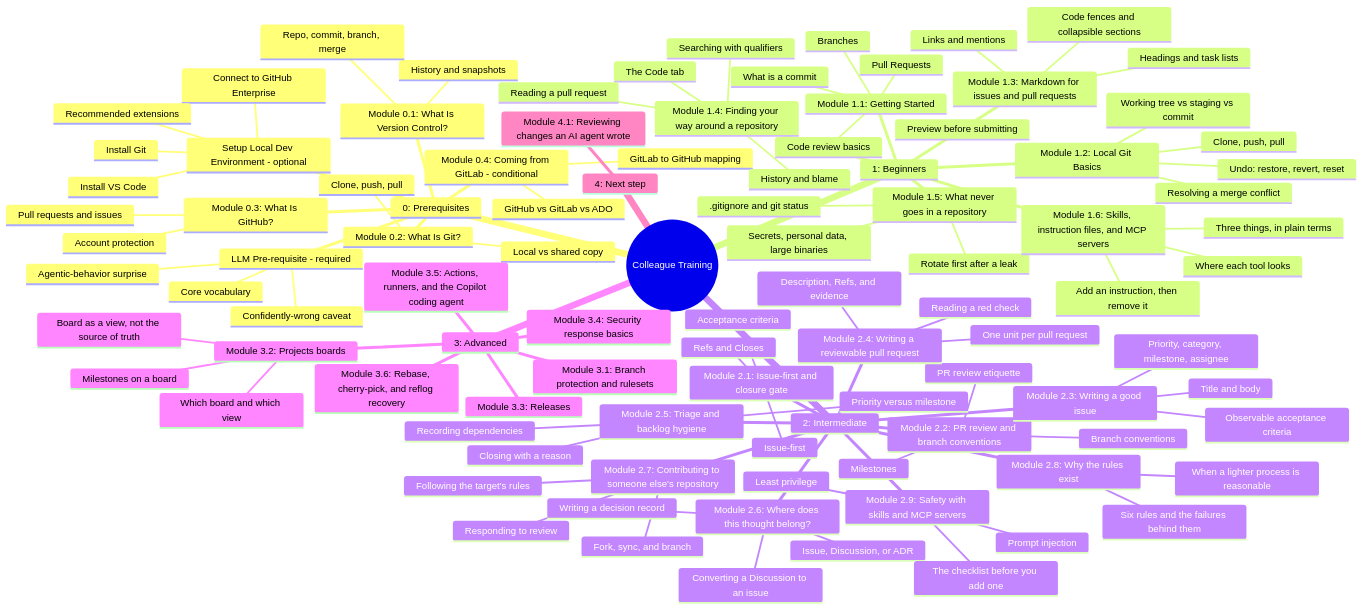
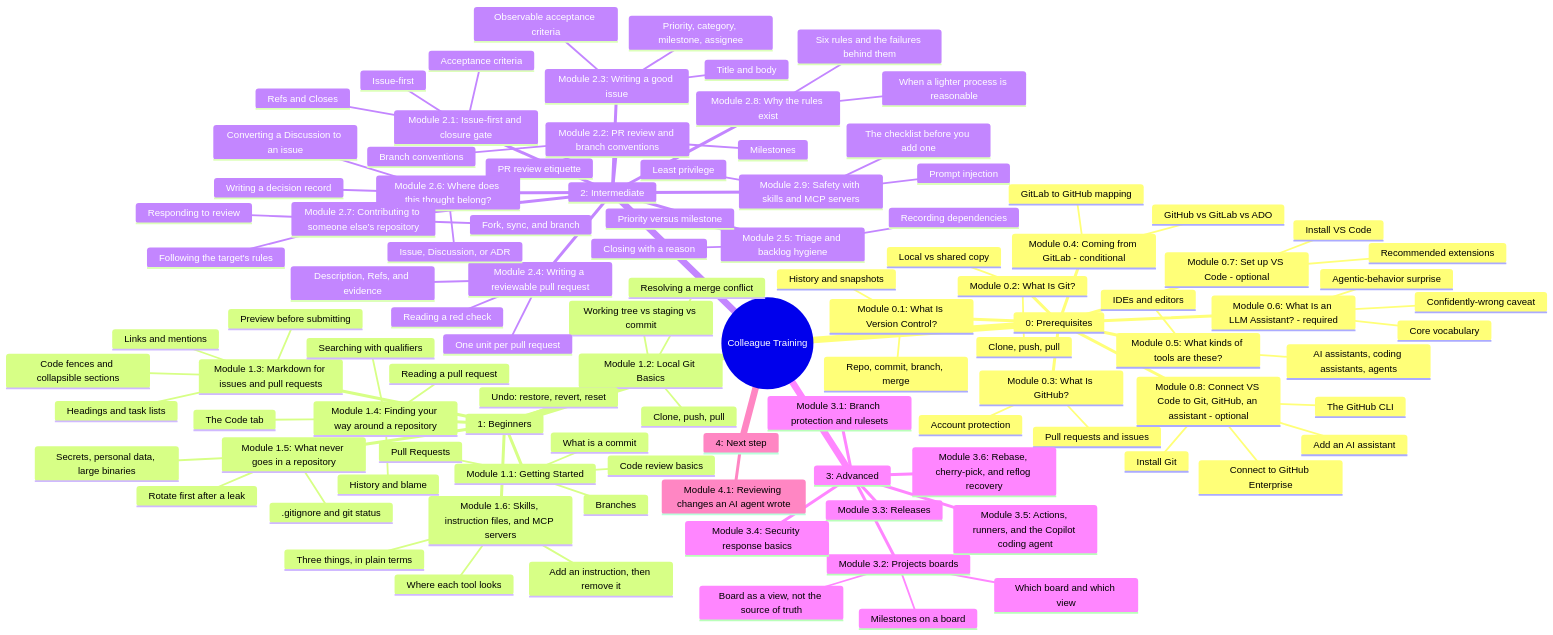
The second of 2 diagrams in education/README.md (JeanKadang/DOC-GitHub-Practice-Skills), drawn with Mermaid before and after one commit. The commit also changed other lines of this file and 26 other files, not shown here.

```diff
--- a/education/README.md
+++ b/education/README.md
@@ -144,15 +146,21 @@
       Module 0.4: Coming from GitLab - conditional
         GitLab to GitHub mapping
         GitHub vs GitLab vs ADO
-      LLM Pre-requisite - required
+      Module 0.5: What kinds of tools are these?
+        IDEs and editors
+        AI assistants, coding assistants, agents
+      Module 0.6: What Is an LLM Assistant? - required
         Core vocabulary
         Agentic-behavior surprise
         Confidently-wrong caveat
-      Setup Local Dev Environment - optional
+      Module 0.7: Set up VS Code - optional
+        Install VS Code
+        Recommended extensions
+      Module 0.8: Connect VS Code to Git, GitHub, an assistant - optional
         Install Git
-        Install VS Code
         Connect to GitHub Enterprise
-        Recommended extensions
+        The GitHub CLI
+        Add an AI assistant
     1: Beginners
       Module 1.1: Getting Started
         What is a commit
```
